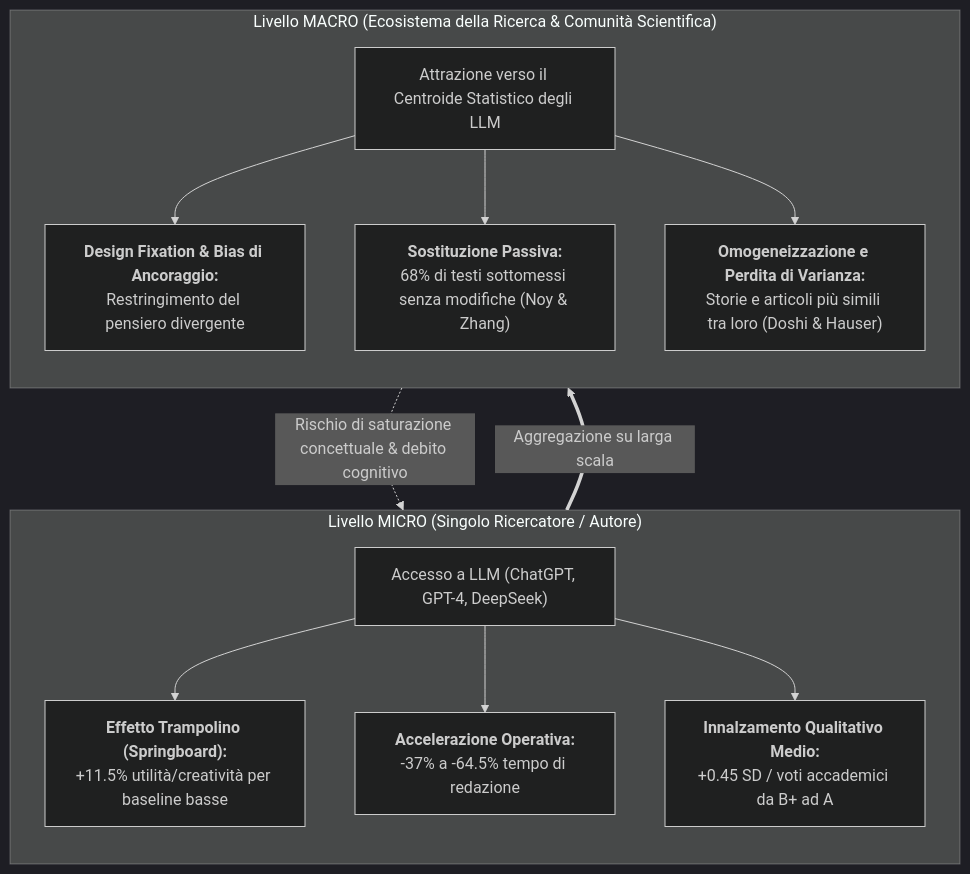
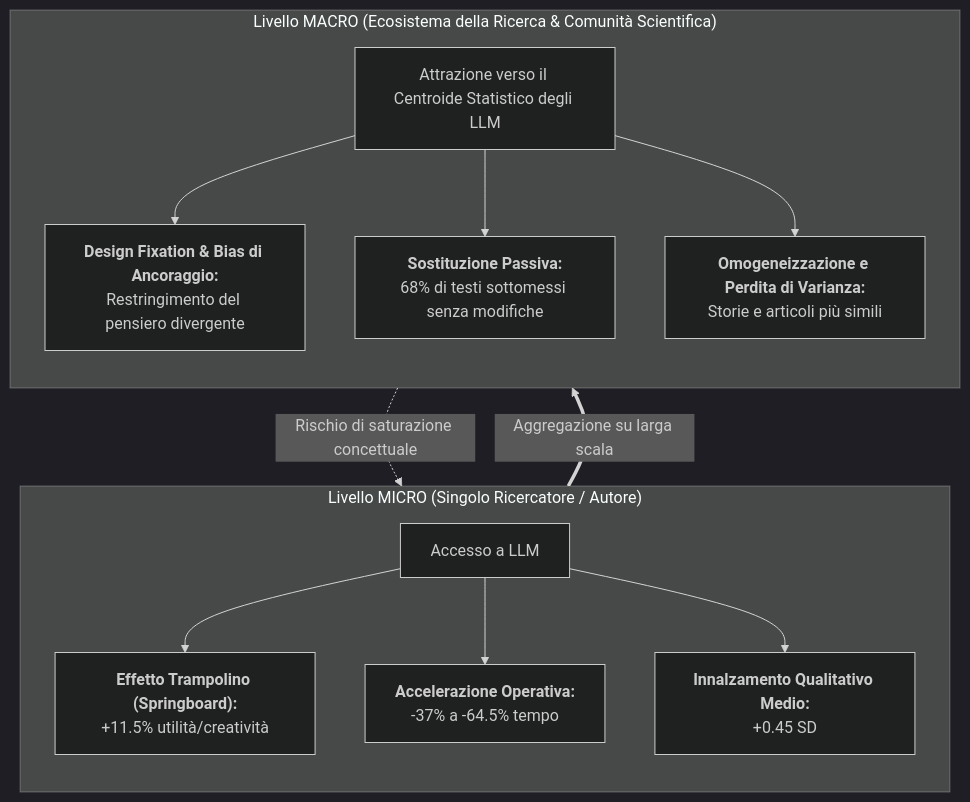
One commit to andreaferrari7-star/andreaferrari.github.io changed the diagram in content/individual-boost-vs-collective-homogenization.md. Above: the diagram before and after it, drawn with Mermaid (dark theme). The commit also changed other lines of this file and 340 other files, not shown here.

````diff
--- a/content/individual-boost-vs-collective-homogenization.md
+++ b/content/individual-boost-vs-collective-homogenization.md
@@ -14,23 +14,23 @@
 ```mermaid
 flowchart TD
     subgraph MicroLevel ["Livello MICRO (Singolo Ricercatore / Autore)"]
         direction TB
-        M1["Accesso a LLM (ChatGPT, GPT-4, DeepSeek)"]
-        M2["<b>Effetto Trampolino (Springboard):</b><br/>+11.5% utilità/creatività per baseline basse"]
-        M3["<b>Accelerazione Operativa:</b><br/>-37% a -64.5% tempo di redazione"]
-        M4["<b>Innalzamento Qualitativo Medio:</b><br/>+0.45 SD / voti accademici da B+ ad A"]
+        M1["Accesso a LLM"]
+        M2["<b>Effetto Trampolino (Springboard):</b><br/>+11.5% utilità/creatività"]
+        M3["<b>Accelerazione Operativa:</b><br/>-37% a -64.5% tempo"]
+        M4["<b>Innalzamento Qualitativo Medio:</b><br/>+0.45 SD"]
         M1 --> M2 & M3 & M4
     end
 
     subgraph MacroLevel ["Livello MACRO (Ecosistema della Ricerca & Comunità Scientifica)"]
         direction TB
         A1["Attrazione verso il Centroide Statistico degli LLM"]
         A2["<b>Design Fixation & Bias di Ancoraggio:</b><br/>Restringimento del pensiero divergente"]
-        A3["<b>Sostituzione Passiva:</b><br/>68% di testi sottomessi senza modifiche (Noy & Zhang)"]
-        A4["<b>Omogeneizzazione e Perdita di Varianza:</b><br/>Storie e articoli più simili tra loro (Doshi & Hauser)"]
+        A3["<b>Sostituzione Passiva:</b><br/>68% di testi sottomessi senza modifiche"]
+        A4["<b>Omogeneizzazione e Perdita di Varianza:</b><br/>Storie e articoli più simili"]
         A1 --> A2 & A3 & A4
     end
 
     MicroLevel ==>|Aggregazione su larga scala| MacroLevel
-    MacroLevel -.->|Rischio di saturazione concettuale & debito cognitivo| MicroLevel
+    MacroLevel -.->|Rischio di saturazione concettuale| MicroLevel
 ```
````
